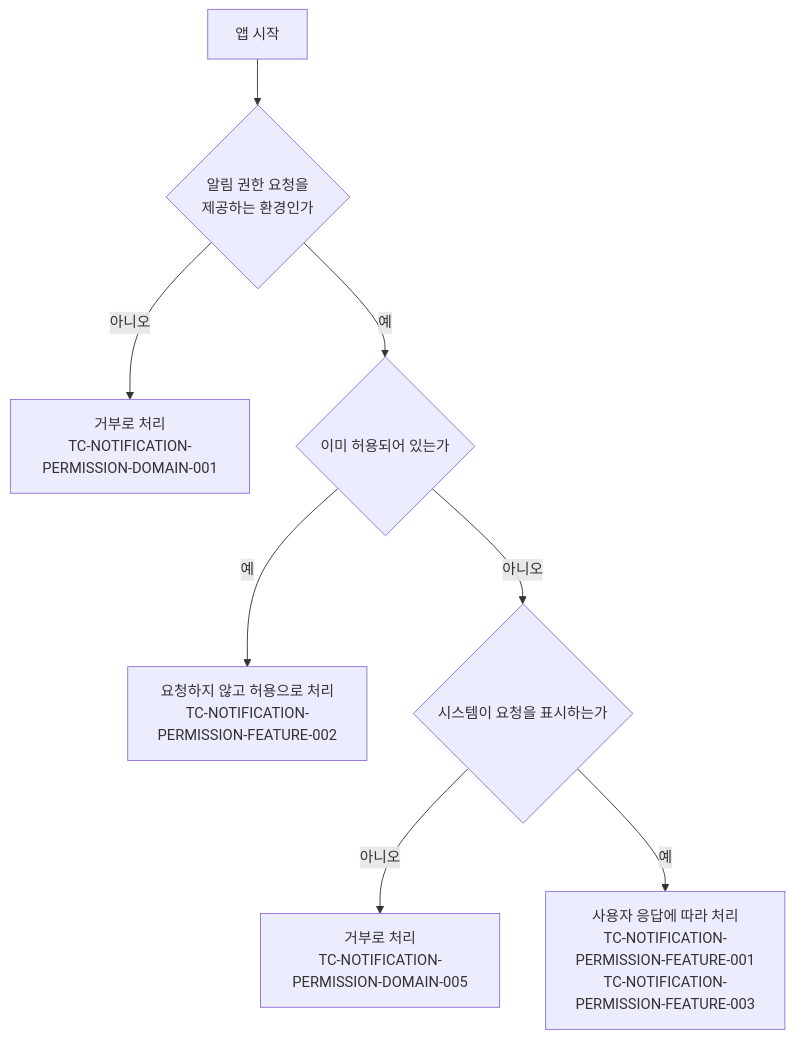
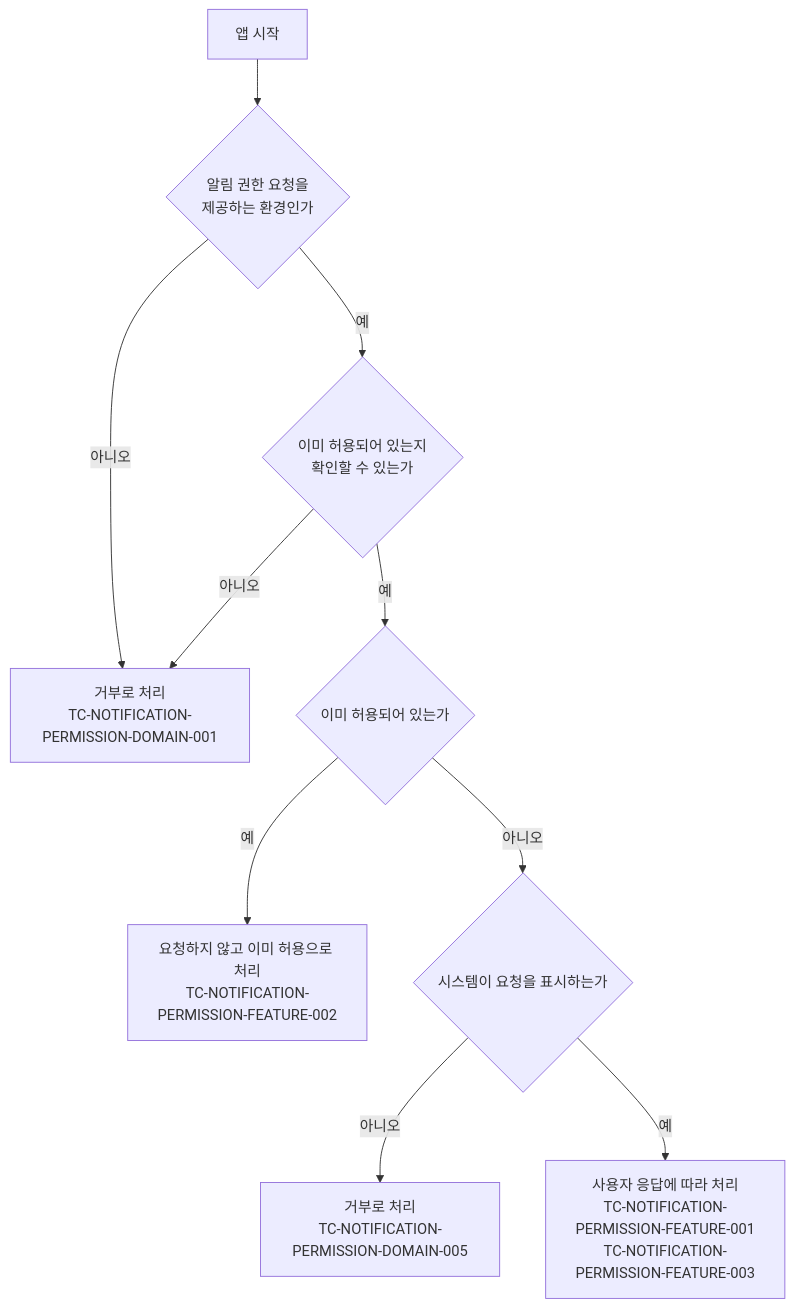
The diagram in docs/testcase/notification-permission.md (taetae98coding/DiaryKMP), drawn with Mermaid before and after one commit. The commit also changed other lines of this file and 11 other files, not shown here.

````diff
--- a/docs/testcase/notification-permission.md
+++ b/docs/testcase/notification-permission.md
@@ -38,10 +40,12 @@
 ```mermaid
 flowchart TD
     Start["앱 시작"] --> Support{"알림 권한 요청을<br/>제공하는 환경인가"}
     Support -- 아니오 --> Denied["거부로 처리<br/>TC-NOTIFICATION-PERMISSION-DOMAIN-001"]
-    Support -- 예 --> Granted{"이미 허용되어 있는가"}
-    Granted -- 예 --> Skip["요청하지 않고 허용으로 처리<br/>TC-NOTIFICATION-PERMISSION-FEATURE-002"]
+    Support -- 예 --> Check{"이미 허용되어 있는지<br/>확인할 수 있는가"}
+    Check -- 아니오 --> Denied
+    Check -- 예 --> Granted{"이미 허용되어 있는가"}
+    Granted -- 예 --> Skip["요청하지 않고 이미 허용으로 처리<br/>TC-NOTIFICATION-PERMISSION-FEATURE-002"]
     Granted -- 아니오 --> Request{"시스템이 요청을 표시하는가"}
     Request -- 아니오 --> NotShown["거부로 처리<br/>TC-NOTIFICATION-PERMISSION-DOMAIN-005"]
     Request -- 예 --> Answer["사용자 응답에 따라 처리<br/>TC-NOTIFICATION-PERMISSION-FEATURE-001<br/>TC-NOTIFICATION-PERMISSION-FEATURE-003"]
 ```
````
